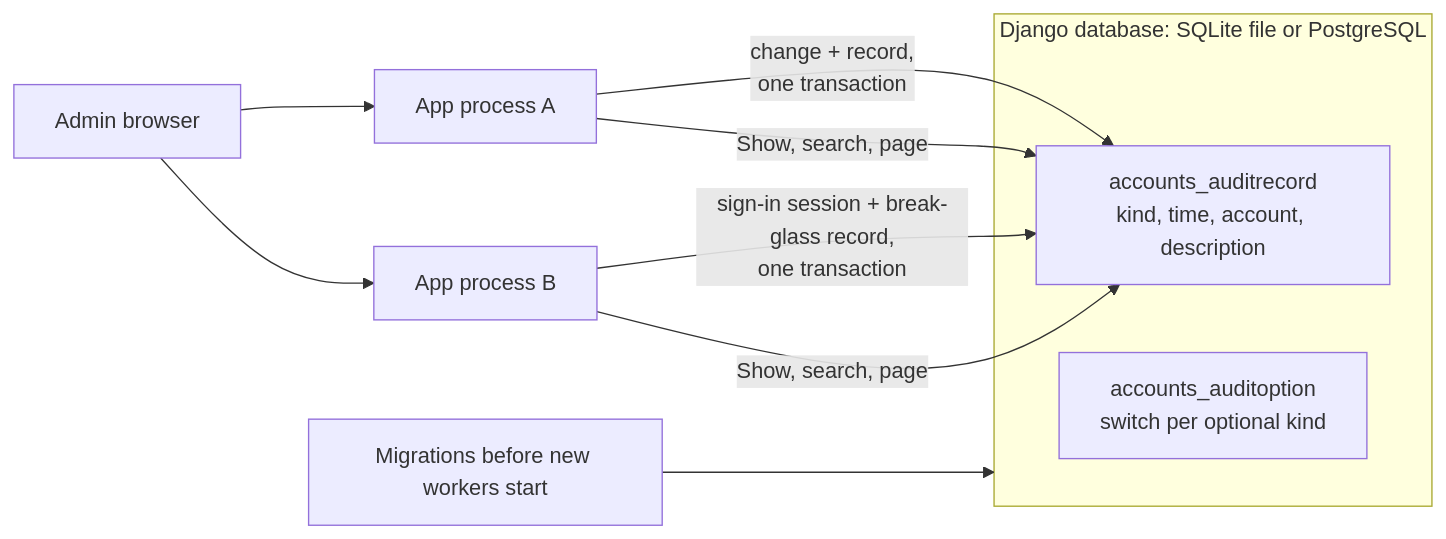
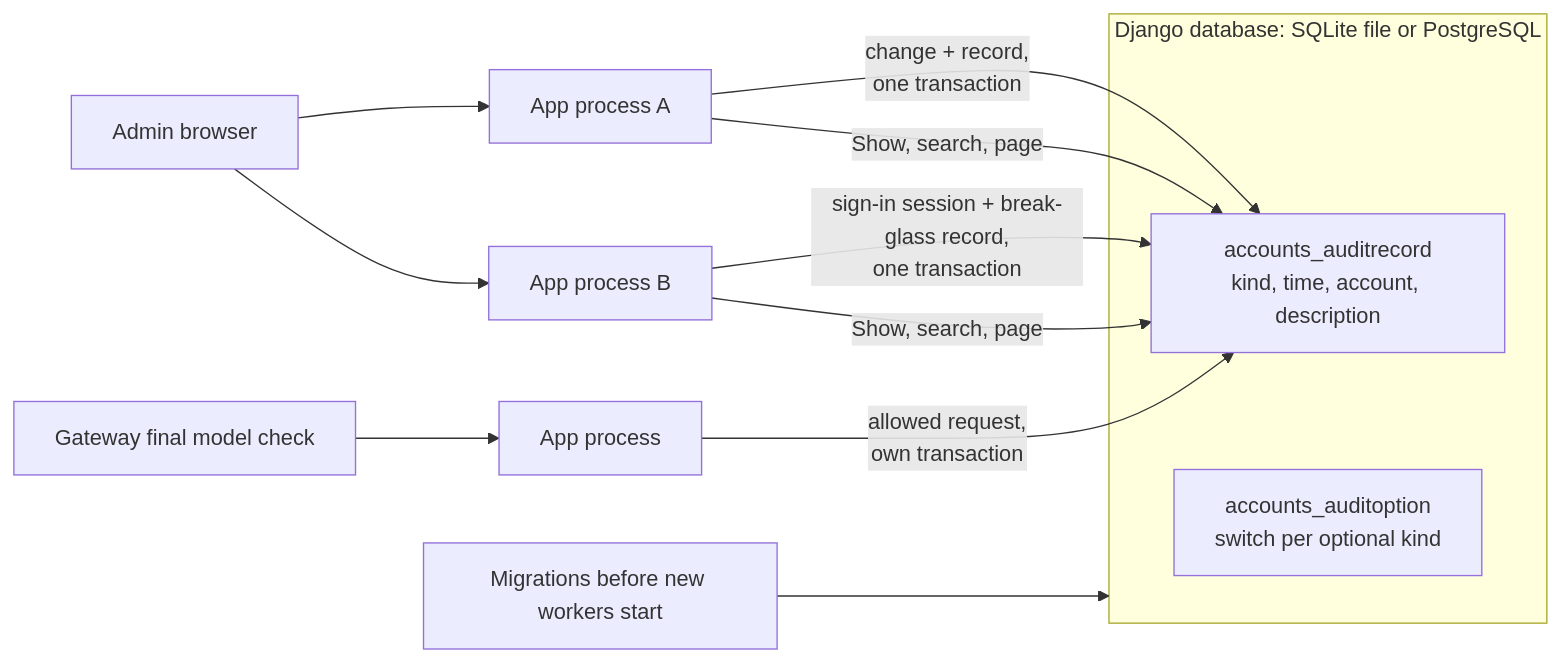
The diagram in docs/architecture/audit-storage.md (OsamaFelFel/keeplane), drawn with Mermaid before and after one commit. The commit also changed other lines of this file and 8 other files, not shown here.

First line of the commit message:
feat(audit): record each model request let through when Model answers is on

````diff
--- a/docs/architecture/audit-storage.md
+++ b/docs/architecture/audit-storage.md
@@ -9,14 +9,16 @@
 ```mermaid
 flowchart LR
   Admin[Admin browser] --> A[App process A]
   Admin --> B[App process B]
   A -- "change + record,<br/>one transaction" --> Records
   B -- "sign-in session + break-glass record,<br/>one transaction" --> Records
+  Gateway[Gateway final model check] --> C[App process]
+  C -- "allowed request,<br/>own transaction" --> Records
   A -- "Show, search, page" --> Records
   B -- "Show, search, page" --> Records
   subgraph DB["Django database: SQLite file or PostgreSQL"]
     Options[accounts_auditoption<br/>switch per optional kind]
     Records[accounts_auditrecord<br/>kind, time, account, description]
   end
   Migrate[Migrations before new workers start] --> DB
 ```
````
